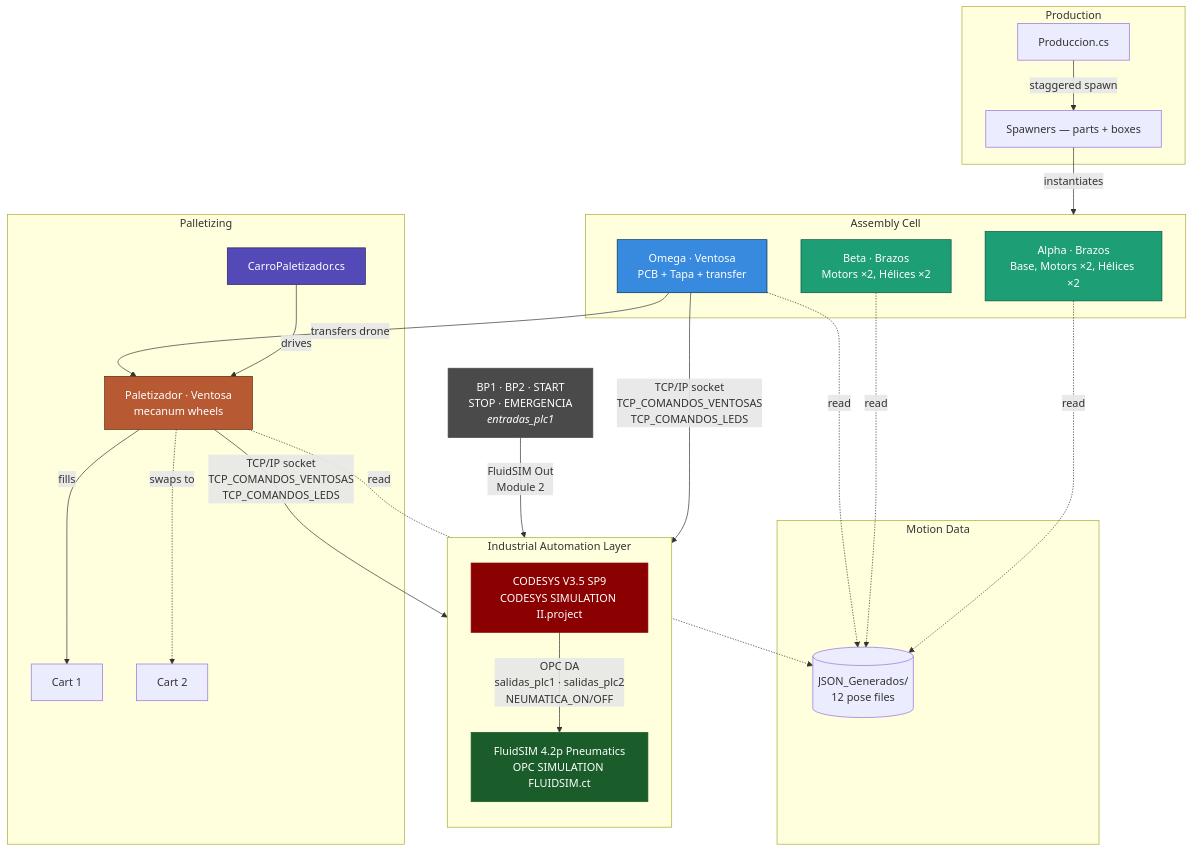
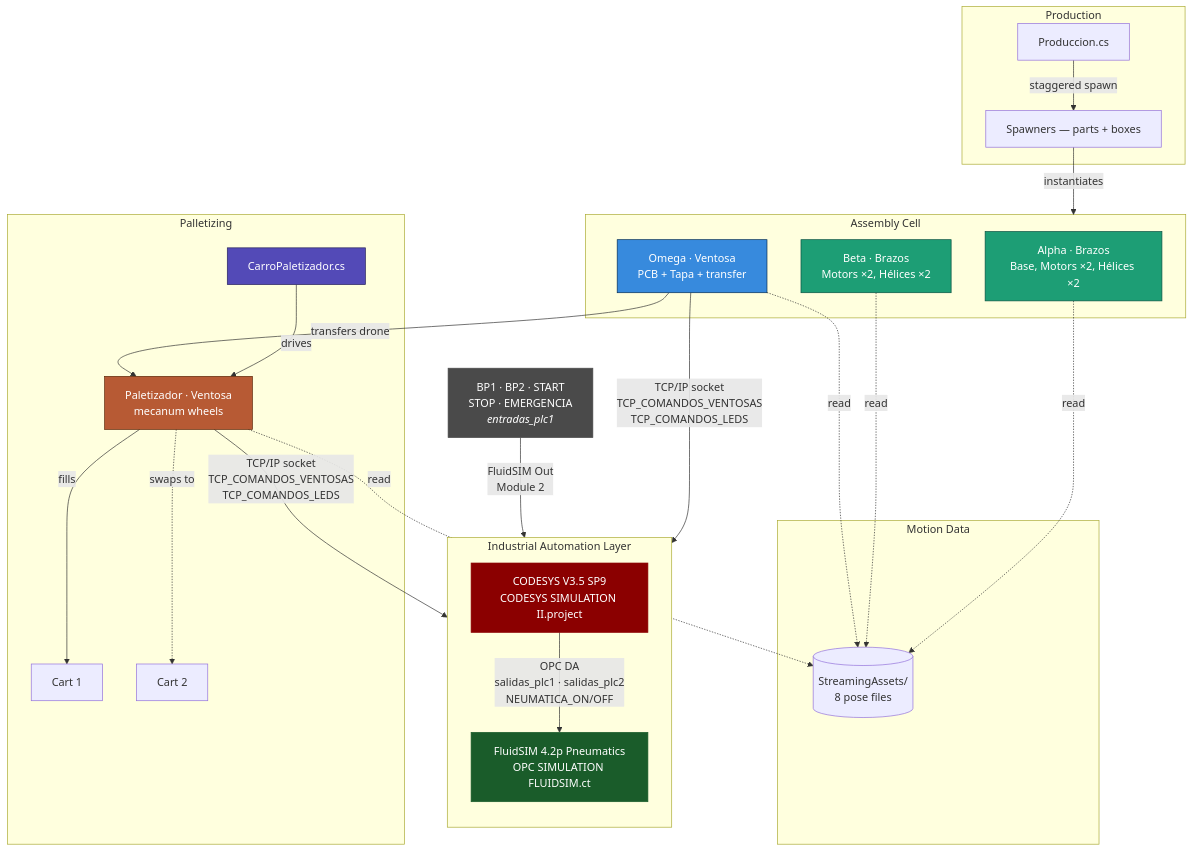
One commit to jorgefajardom-coder/drone-packaging-simulation-unity changed the fourth of 12 diagrams in README.md. Above: the diagram before and after it, drawn with Mermaid. The commit also changed other lines of this file, not shown here.

First line of the commit message:
docs: fix diagram errors — JSON count, runtime path, and snap trigger labels

````diff
--- a/README.md
+++ b/README.md
@@ -318,46 +318,46 @@
 ```mermaid
 graph TB
     subgraph EXT["Industrial Automation Layer"]
         direction TB
         PLC["CODESYS V3.5 SP9<br/>CODESYS SIMULATION II.project"]
         OPC["FluidSIM 4.2p Pneumatics<br/>OPC SIMULATION FLUIDSIM.ct"]
         PLC -->|"OPC DA<br/>salidas_plc1 · salidas_plc2<br/>NEUMATICA_ON/OFF"| OPC
     end
 
     subgraph PROD["Production"]
         P[Produccion.cs] -->|staggered spawn| SP[Spawners — parts + boxes]
     end
 
     subgraph JSON["Motion Data"]
-        JF[(JSON_Generados/<br/>12 pose files)]
+        JF[(StreamingAssets/<br/>8 pose files)]
     end
 
     subgraph ASSEMBLY["Assembly Cell"]
         B1[Alpha · Brazos<br/>Base, Motors ×2, Hélices ×2]
         B2[Beta · Brazos<br/>Motors ×2, Hélices ×2]
         B3[Omega · Ventosa<br/>PCB + Tapa + transfer]
     end
 
     subgraph PALLET["Palletizing"]
         CARRO[CarroPaletizador.cs] -->|drives| B4[Paletizador · Ventosa<br/>mecanum wheels]
         B4 -->|fills| C1[Cart 1]
         B4 -.->|swaps to| C2[Cart 2]
     end
 
     HW["BP1 · BP2 · START<br/>STOP · EMERGENCIA<br/><i>entradas_plc1</i>"]
 
     SP -->|instantiates| ASSEMBLY
     B1 & B2 & B3 & B4 -. read .-> JF
     B3 -->|transfers drone| B4
     B3 & B4 -->|"TCP/IP socket<br/>TCP_COMANDOS_VENTOSAS<br/>TCP_COMANDOS_LEDS"| PLC
     HW -->|"FluidSIM Out<br/>Module 2"| PLC
 
     style B1 fill:#1D9E75,stroke:#085041,color:#fff
     style B2 fill:#1D9E75,stroke:#085041,color:#fff
     style B3 fill:#378ADD,stroke:#042C53,color:#fff
     style B4 fill:#B75A34,stroke:#5C2506,color:#fff
     style CARRO fill:#534AB7,stroke:#26215C,color:#fff
     style PLC fill:#8b0000,color:#fff,stroke:#8b0000
     style OPC fill:#1a5c2a,color:#fff,stroke:#1a5c2a
     style HW fill:#4a4a4a,color:#fff,stroke:#4a4a4a
 ```
````
